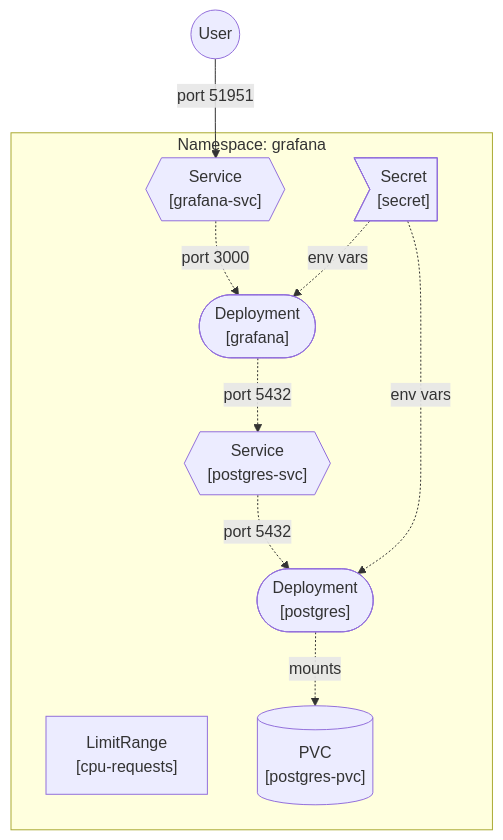
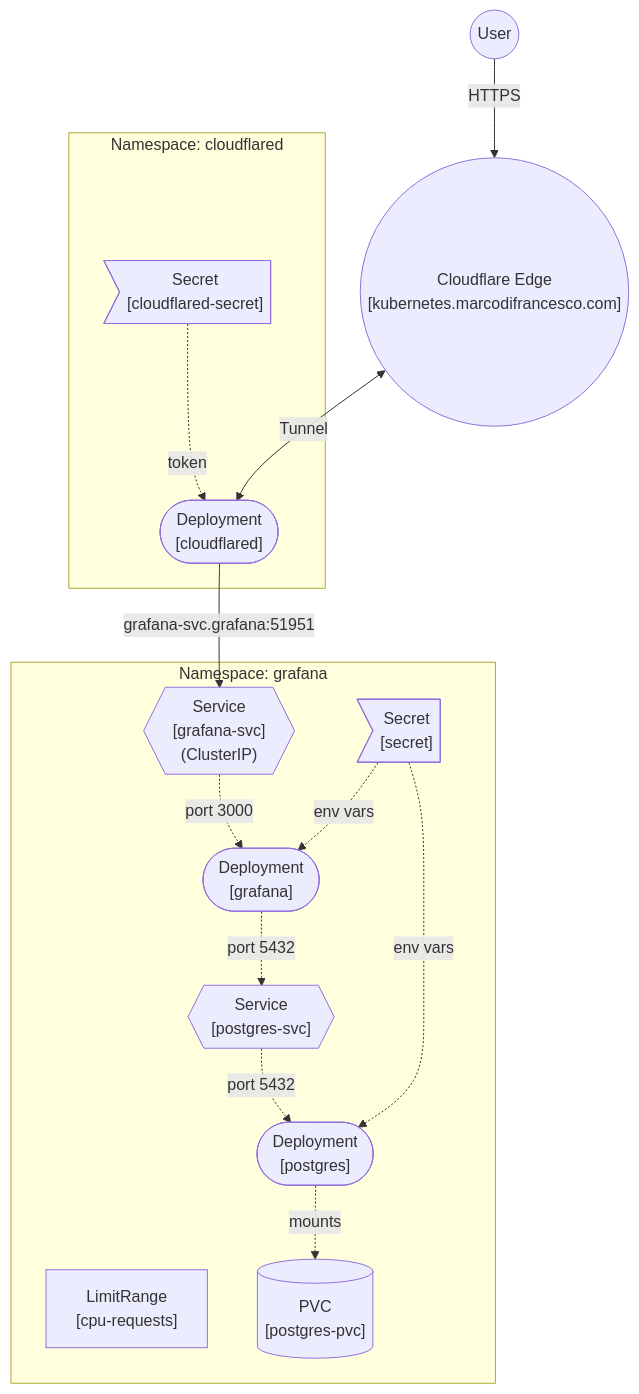
Before and after one commit to MarcoDiFrancesco/kubernetes-gcp: the diagram in README.md, drawn with Mermaid. The commit also changed other lines of this file and 3 other files, not shown here.

````diff
--- a/README.md
+++ b/README.md
@@ -16,27 +13,38 @@
 ```mermaid
 graph TD
+    User((User)) -->|HTTPS| CF_EDGE(("Cloudflare Edge<br>[kubernetes.marcodifrancesco.com]"))
+    
+    subgraph "Namespace: cloudflared"
+        CF_SECRET>"Secret<br>[cloudflared-secret]"]
+        CF_DEPLOY(["Deployment<br>[cloudflared]"])
+        
+        CF_SECRET -. "token" .-> CF_DEPLOY
+    end
+    
+    CF_EDGE <-->|Tunnel| CF_DEPLOY
+    
     subgraph "Namespace: grafana"
         LR["LimitRange<br>[cpu-requests]"]
         
-        GRAF_SVC{{"Service<br>[grafana-svc]"}}
+        GRAF_SVC{{"Service<br>[grafana-svc]<br>(ClusterIP)"}}
         GRAF_DEPLOY(["Deployment<br>[grafana]"])
         
         PG_SVC{{"Service<br>[postgres-svc]"}}
         PG_DEPLOY(["Deployment<br>[postgres]"])
         
         SECRET>"Secret<br>[secret]"]
         PVC[("PVC<br>[postgres-pvc]")]
         
         GRAF_SVC -. "port 3000" .-> GRAF_DEPLOY
         PG_SVC -. "port 5432" .-> PG_DEPLOY
         
         GRAF_DEPLOY -. "port 5432" .-> PG_SVC
         
         SECRET -. "env vars" .-> GRAF_DEPLOY
         SECRET -. "env vars" .-> PG_DEPLOY
         
         PG_DEPLOY -. "mounts" .-> PVC
     end
     
-    User((User)) -->|port 51951| GRAF_SVC
+    CF_DEPLOY -->|grafana-svc.grafana:51951| GRAF_SVC
 ```
````
